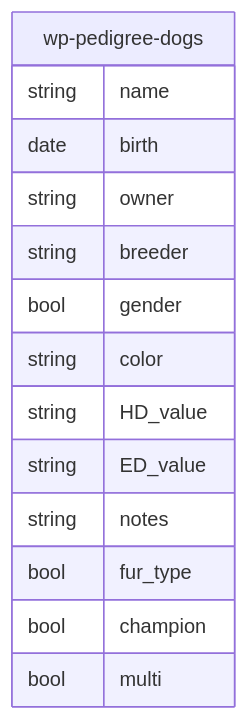
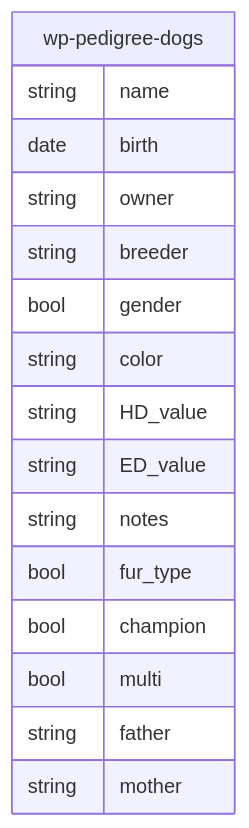
One commit to w3ich3rt/wp-pedigree changed the diagram in TABLE_SCHEMA.MD. Above: the diagram before and after it, drawn with Mermaid. The commit also changed other lines of this file, not shown here.

Commit message:
parents added

````diff
--- a/TABLE_SCHEMA.MD
+++ b/TABLE_SCHEMA.MD
@@ -5,17 +5,19 @@
 ```mermaid
 erDiagram
     wp-pedigree-dogs {
         string name
         date birth
         string owner
         string breeder
         bool gender
         string color
         string HD_value
         string ED_value
         string notes
         bool fur_type
         bool champion
         bool multi
+        string father
+        string mother
     }
 ```
````
